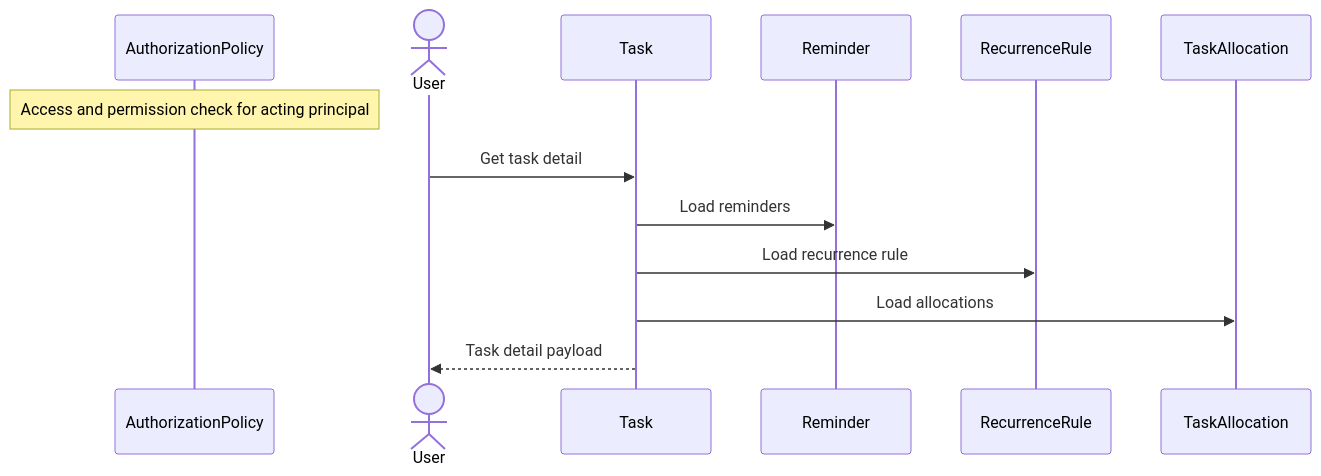
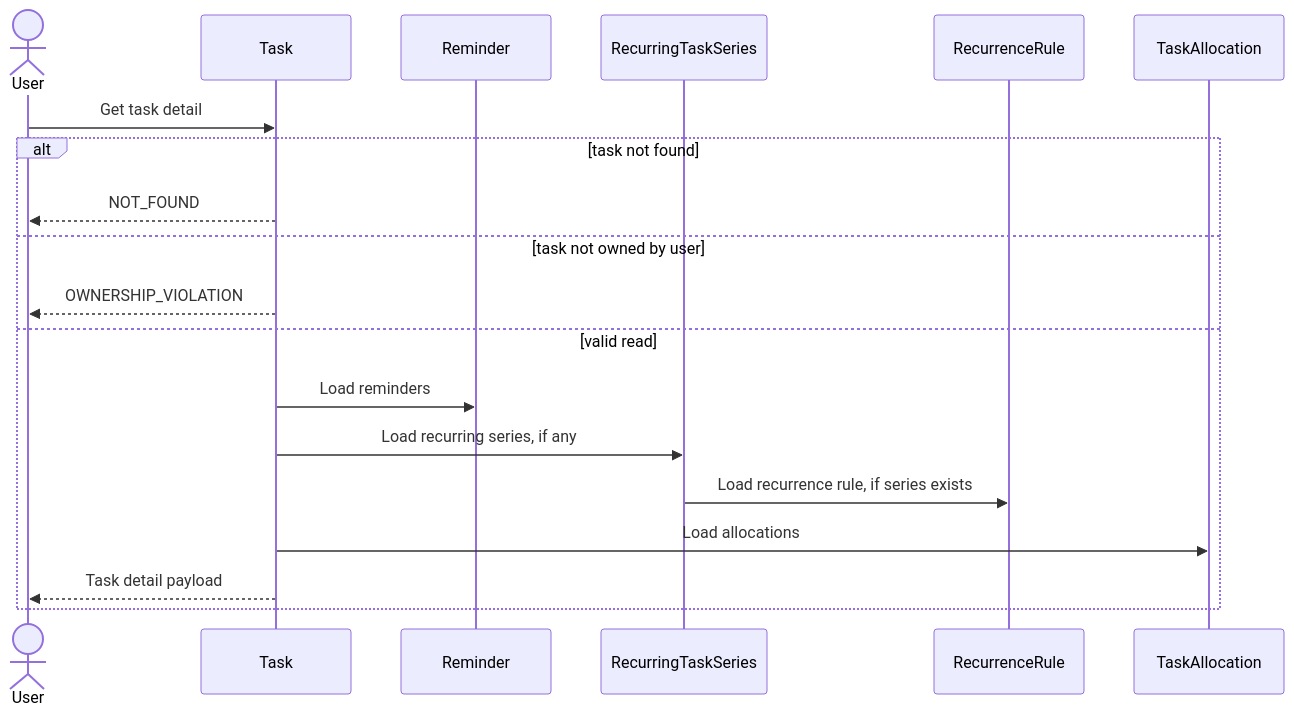
One commit to ChidiRnweke/margin changed diagram 11 of 15 in architecture/sequence-diagrams/03-tasks-recurrence.md. Above: the diagram before and after it, drawn with Mermaid. The commit also changed other lines of this file and 12 other files, not shown here.

Commit message:
Enhance sequence diagrams and introduce traceability matrix

````diff
--- a/architecture/sequence-diagrams/03-tasks-recurrence.md
+++ b/architecture/sequence-diagrams/03-tasks-recurrence.md
@@ -179,15 +258,21 @@
 ```mermaid
 sequenceDiagram
-    participant G as AuthorizationPolicy
-    Note over G: Access and permission check for acting principal
     actor U as User
     participant T as Task
     participant R as Reminder
+    participant S as RecurringTaskSeries
     participant C as RecurrenceRule
     participant A as TaskAllocation
     U->>T: Get task detail
-    T->>R: Load reminders
-    T->>C: Load recurrence rule
-    T->>A: Load allocations
-    T-->>U: Task detail payload
+    alt task not found
+        T-->>U: NOT_FOUND
+    else task not owned by user
+        T-->>U: OWNERSHIP_VIOLATION
+    else valid read
+        T->>R: Load reminders
+        T->>S: Load recurring series, if any
+        S->>C: Load recurrence rule, if series exists
+        T->>A: Load allocations
+        T-->>U: Task detail payload
+    end
 ```
````
